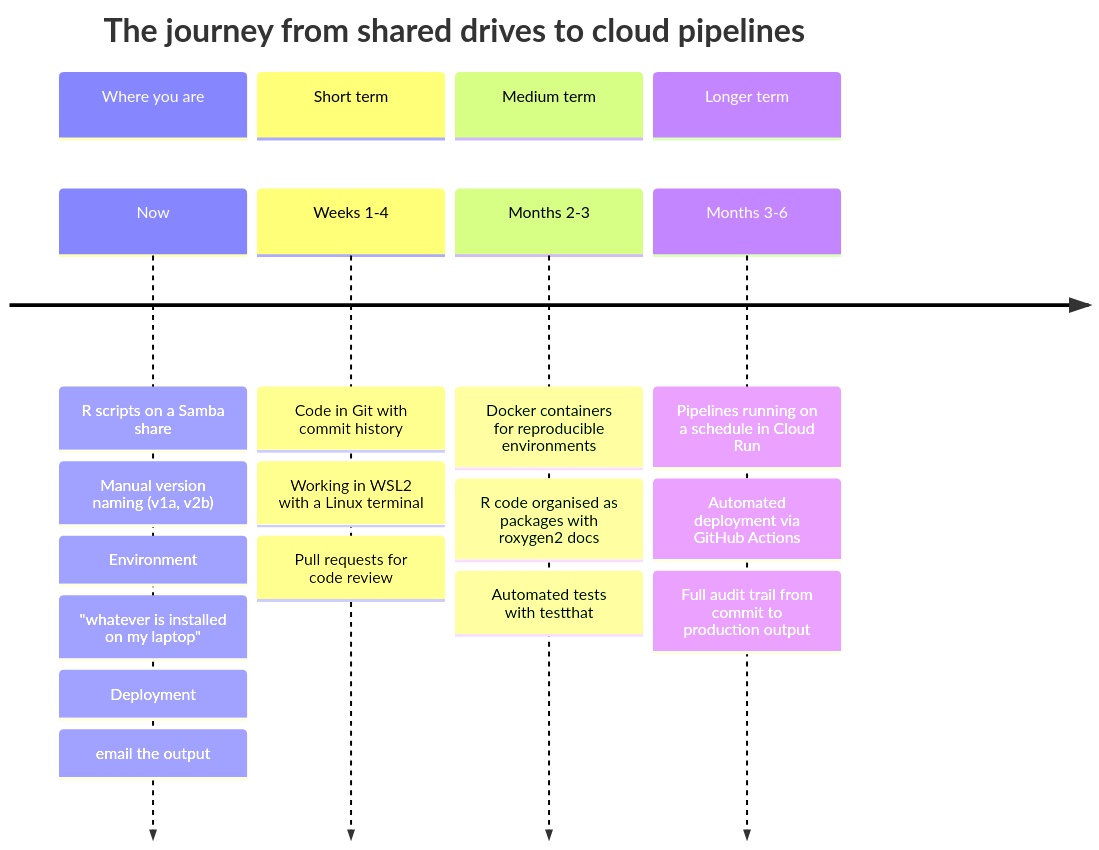
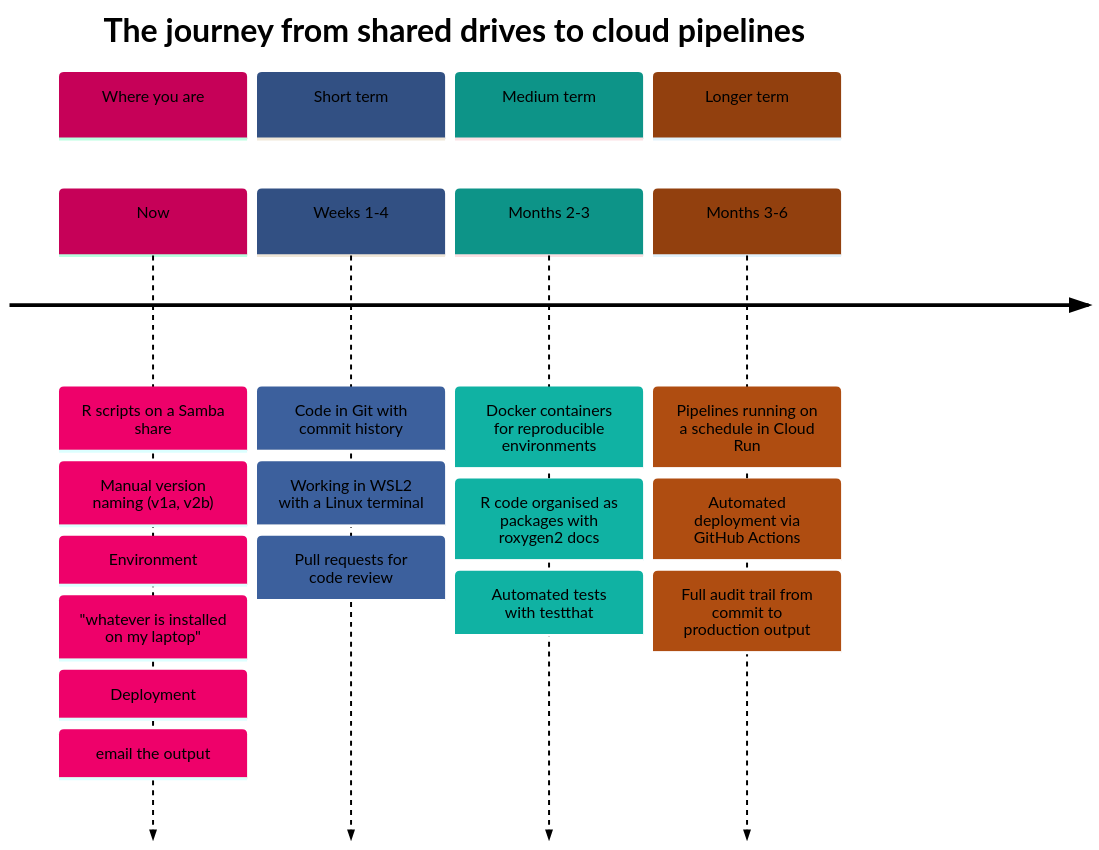
Before and after one commit to Ch3w3y/docker_gcp: the third of 3 diagrams in docs/case-for-change.md, drawn with Mermaid. The commit also changed 1 other file, not shown here.

Commit message:
fix(a11y): add init theming to timeline and stateDiagram-v2
These chart types are unaffected by element-level CSS. Per-diagram %%{init}%%
blocks apply brand colours and enforce black text for accessible contrast.

````diff
--- a/docs/case-for-change.md
+++ b/docs/case-for-change.md
@@ -157,21 +157,30 @@
 ```mermaid
+%%{init: {'theme': 'base', 'themeVariables': {
+  'cScale0': '#c60158',
+  'cScale1': '#325083',
+  'cScale2': '#0d9488',
+  'cScale3': '#92400e',
+  'primaryTextColor': '#000000',
+  'secondaryTextColor': '#000000',
+  'tertiaryTextColor': '#000000'
+}}}%%
 timeline
     title The journey from shared drives to cloud pipelines
     section Where you are
         Now : R scripts on a Samba share
              : Manual version naming (v1a, v2b)
              : Environment: "whatever is installed on my laptop"
              : Deployment: email the output
     section Short term
         Weeks 1-4 : Code in Git with commit history
                   : Working in WSL2 with a Linux terminal
                   : Pull requests for code review
     section Medium term
         Months 2-3 : Docker containers for reproducible environments
                    : R code organised as packages with roxygen2 docs
                    : Automated tests with testthat
     section Longer term
         Months 3-6 : Pipelines running on a schedule in Cloud Run
                    : Automated deployment via GitHub Actions
                    : Full audit trail from commit to production output
 ```
````
